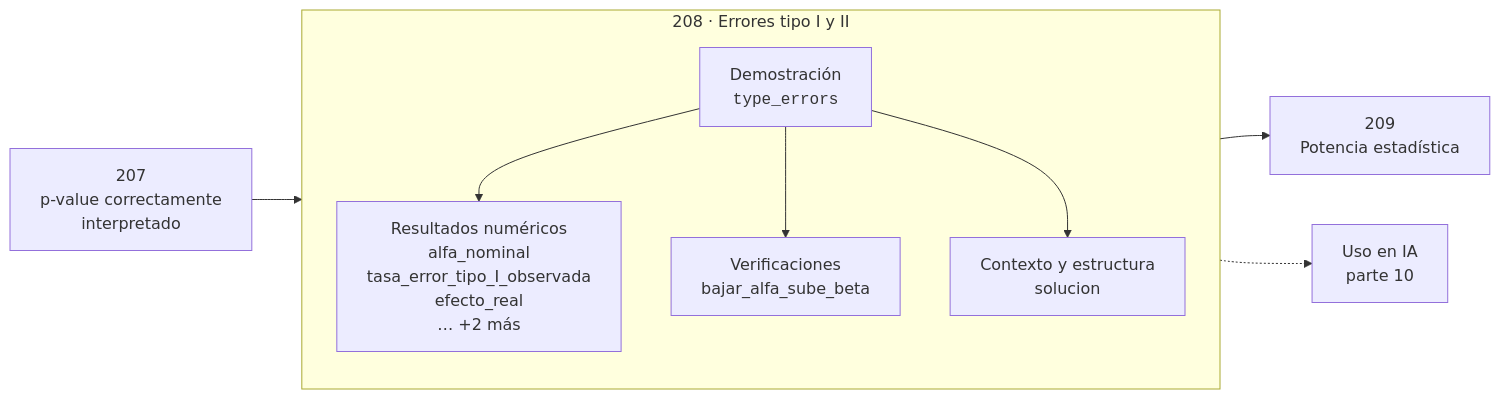
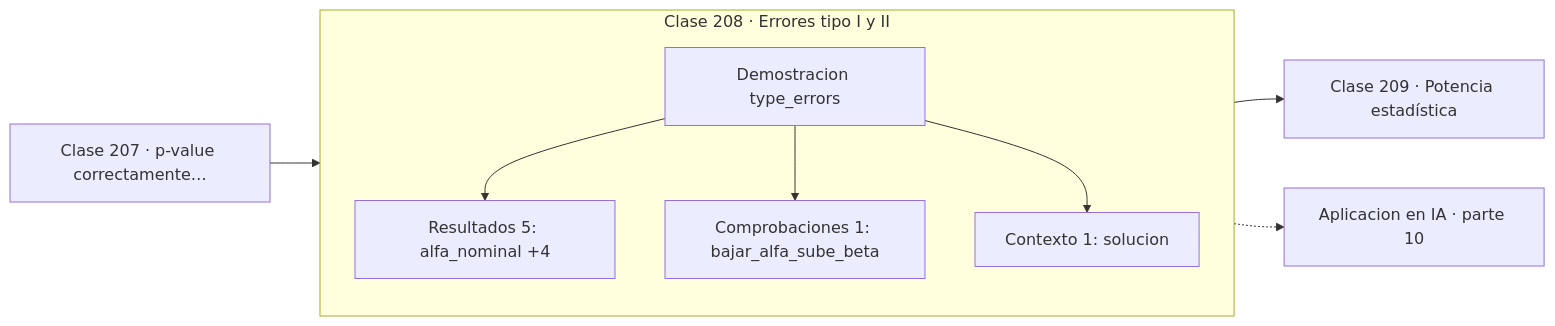
Before and after one commit to vladimiracunadev-create/computational-mathematics-program: the diagram in classes/part-10-estadistica-e-inferencia/208-errores-tipo-i-y-ii/README.md, drawn with Mermaid. The commit also changed 389 other files, not shown here.

First line of the commit message:
fix(diagramas): elimina el HTML de las etiquetas Mermaid

````diff
--- a/classes/part-10-estadistica-e-inferencia/208-errores-tipo-i-y-ii/README.md
+++ b/classes/part-10-estadistica-e-inferencia/208-errores-tipo-i-y-ii/README.md
@@ -30,12 +30,13 @@
 ```mermaid
 flowchart LR
-    P["207<br/>p-value correctamente<br/>interpretado"] --> C
-    subgraph C["208 · Errores tipo I y II"]
+    P["Clase 207 · p-value correctamente…"] --> D
+    subgraph CLASE["Clase 208 · Errores tipo I y II"]
         direction TB
-        D["Demostración<br/><code>type_errors</code>"] --> R["Resultados numéricos<br/>alfa_nominal<br/>tasa_error_tipo_I_observada<br/>efecto_real<br/>… +2 más"]
-        D --> V["Verificaciones<br/>bajar_alfa_sube_beta"]
-        D --> O["Contexto y estructura<br/>solucion"]
+        D["Demostracion type_errors"]
+        D --> R["Resultados 5: alfa_nominal +4"]
+        D --> V["Comprobaciones 1: bajar_alfa_sube_beta"]
+        D --> O["Contexto 1: solucion"]
     end
-    C --> N["209<br/>Potencia estadística"]
-    C -.-> IA["Uso en IA<br/>parte 10"]
+    R --> N["Clase 209 · Potencia estadística"]
+    V -.-> IA["Aplicacion en IA · parte 10"]
 ```
````
